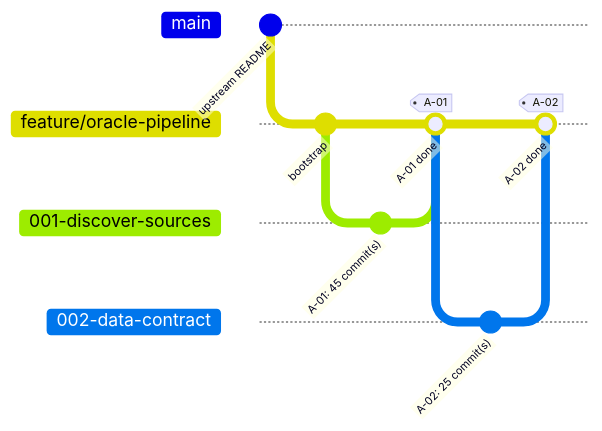
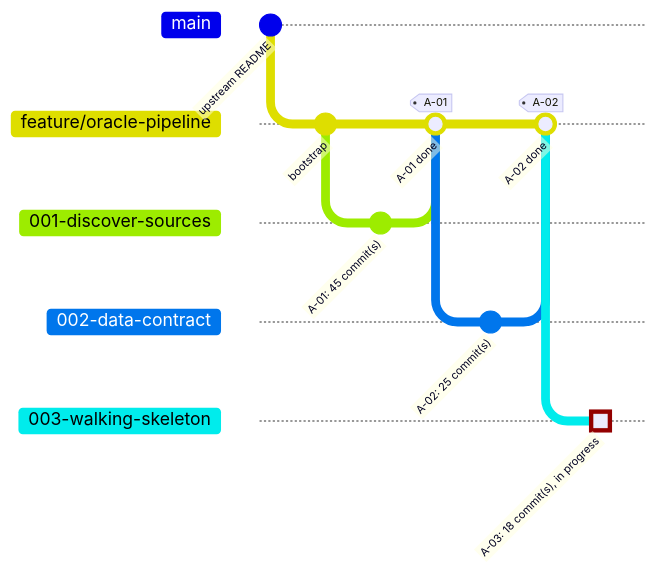
One commit to HebaGaber/oracle-property-intelligence-platform-pipeline-travis-tx changed the second of 2 diagrams in docs/progress.md. Above: the diagram before and after it, drawn with Mermaid. The commit also changed other lines of this file and 25 other files, not shown here.

````diff
--- a/docs/progress.md
+++ b/docs/progress.md
@@ -19,15 +19,18 @@
 ```mermaid
 %%{init: { 'gitGraph': { 'mainBranchName': 'main', 'showCommitLabel': true } } }%%
 gitGraph
   commit id: "upstream README"
   branch "feature/oracle-pipeline"
   commit id: "bootstrap"
   branch "001-discover-sources"
   commit id: "A-01: 45 commit(s)"
   checkout "feature/oracle-pipeline"
   merge "001-discover-sources" id: "A-01 done" tag: "A-01"
   branch "002-data-contract"
   commit id: "A-02: 25 commit(s)"
   checkout "feature/oracle-pipeline"
   merge "002-data-contract" id: "A-02 done" tag: "A-02"
+  branch "003-walking-skeleton"
+  commit id: "A-03: 18 commit(s), in progress" type: HIGHLIGHT
+  checkout "feature/oracle-pipeline"
 ```
````
